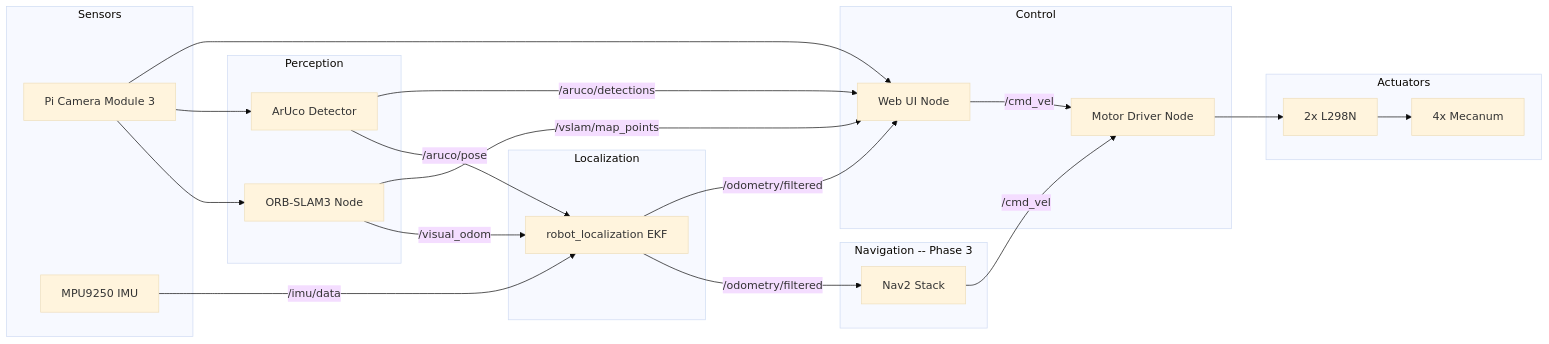
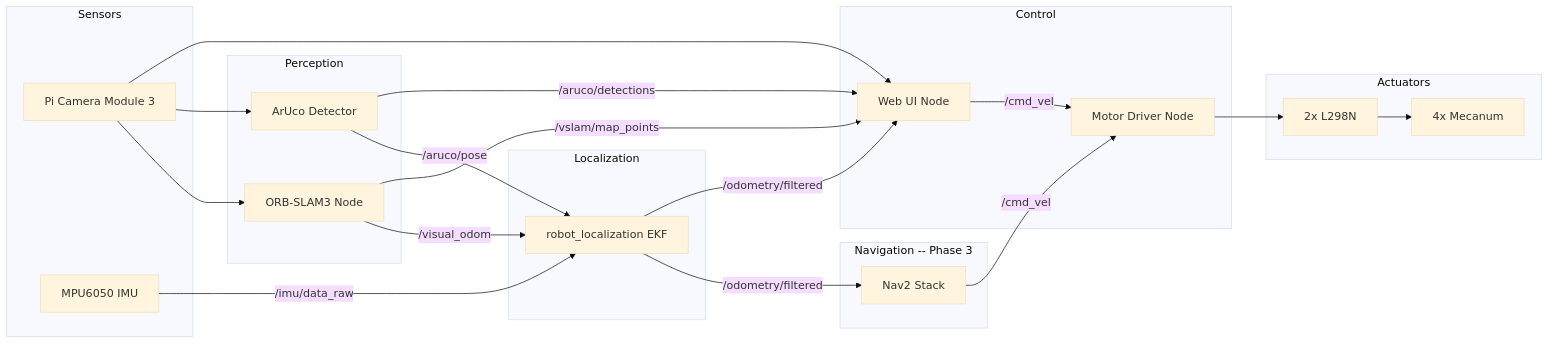
The diagram in src/delivery_robot/README.md (oglcn/ros2_ws), drawn with Mermaid (base theme) before and after one commit. The commit also changed other lines of this file and 58 other files, not shown here.

````diff
--- a/src/delivery_robot/README.md
+++ b/src/delivery_robot/README.md
@@ -19,42 +19,42 @@
 ```mermaid
 graph LR
   subgraph sensors [Sensors]
     Cam["Pi Camera Module 3"]
-    IMU["MPU9250 IMU"]
+    IMU["MPU6050 IMU"]
   end
 
   subgraph perception [Perception]
     VSLAM["ORB-SLAM3 Node"]
     Aruco["ArUco Detector"]
   end
 
   subgraph localization [Localization]
     EKF["robot_localization EKF"]
   end
 
   subgraph nav [Navigation -- Phase 3]
     Nav2["Nav2 Stack"]
   end
 
   subgraph control [Control]
     WebUI["Web UI Node"]
     MotorDrv["Motor Driver Node"]
   end
 
   subgraph actuators [Actuators]
     L298N["2x L298N"]
     Wheels["4x Mecanum"]
   end
 
   Cam --> VSLAM -->|"/visual_odom"| EKF
   Cam --> Aruco -->|"/aruco/pose"| EKF
-  IMU -->|"/imu/data"| EKF
+  IMU -->|"/imu/data_raw"| EKF
   EKF -->|"/odometry/filtered"| Nav2
   EKF -->|"/odometry/filtered"| WebUI
   Nav2 -->|"/cmd_vel"| MotorDrv
   WebUI -->|"/cmd_vel"| MotorDrv
   MotorDrv --> L298N --> Wheels
   Cam --> WebUI
   VSLAM -->|"/vslam/map_points"| WebUI
   Aruco -->|"/aruco/detections"| WebUI
 ```
````
